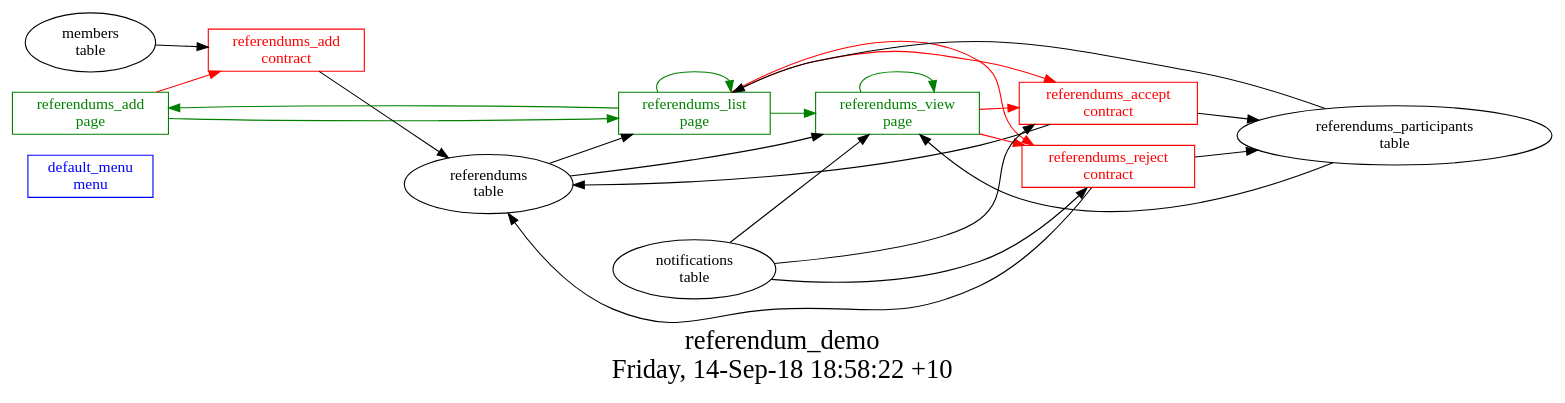
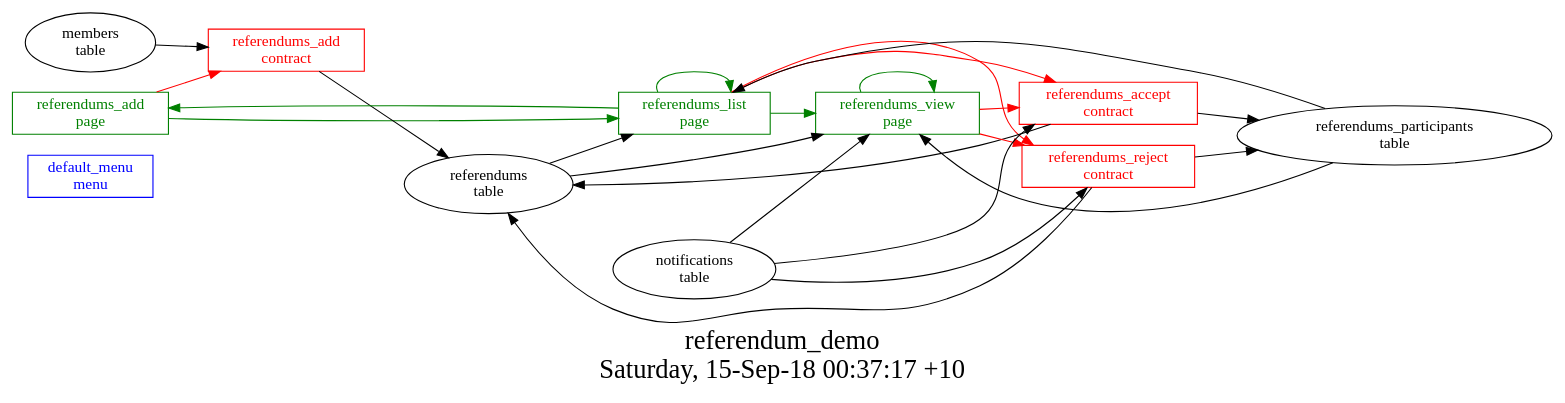
Before and after one commit to AplaProject/apps: the diagram in quick-start-apps/referendum_demo/struct.dot, drawn with Graphviz. The commit also changed 25 other files, not shown here.

```diff
--- a/quick-start-apps/referendum_demo/struct.dot
+++ b/quick-start-apps/referendum_demo/struct.dot
@@ -1,40 +1,40 @@
 digraph G {
 fontsize="24";
-label="referendum_demo\nFriday, 14-Sep-18 18:58:22 +10";
+label="referendum_demo\nSaturday, 15-Sep-18 00:37:17 +10";
 nojustify=true;
 ordering=out;
 rankdir=LR;
 size="30";
 "default_menu\nmenu" [color=blue, fontcolor=blue, group=menus, shape=record];
 "referendums_add\npage" -> "referendums_add\ncontract"  [ color=red ]
 "referendums_add\npage" -> "referendums_list\npage"  [ color=green ]
 "referendums_add\npage" [color=green, fontcolor=green, group=pages, shape=record];
 "referendums_list\npage" -> "referendums_reject\ncontract"  [ color=red ]
 "referendums_list\npage" -> "referendums_accept\ncontract"  [ color=red ]
 "referendums\ntable" -> "referendums_list\npage"
 "referendums_participants\ntable" -> "referendums_list\npage"
+"referendums_list\npage" -> "referendums_add\npage"  [ color=green ]
 "referendums_list\npage" -> "referendums_view\npage"  [ color=green ]
 "referendums_list\npage" -> "referendums_list\npage"  [ color=green ]
-"referendums_list\npage" -> "referendums_add\npage"  [ color=green ]
 "referendums_list\npage" [color=green, fontcolor=green, group=pages, shape=record];
 "referendums_view\npage" -> "referendums_accept\ncontract"  [ color=red ]
 "referendums_view\npage" -> "referendums_reject\ncontract"  [ color=red ]
 "notifications\ntable" -> "referendums_view\npage"
 "referendums\ntable" -> "referendums_view\npage"
 "referendums_participants\ntable" -> "referendums_view\npage"
 "referendums_view\npage" -> "referendums_view\npage"  [ color=green ]
 "referendums_view\npage" [color=green, fontcolor=green, group=pages, shape=record];
 "referendums_accept\ncontract" -> "referendums\ntable"  [ color="" ]
 "referendums_accept\ncontract" -> "referendums_participants\ntable"  [ color="" ]
 "notifications\ntable" -> "referendums_accept\ncontract"
 "referendums_accept\ncontract" [color=red, fontcolor=red, group=contracts, shape=record];
 "referendums_add\ncontract" -> "referendums\ntable"  [ color="" ]
 "members\ntable" -> "referendums_add\ncontract"
 "referendums_add\ncontract" [color=red, fontcolor=red, group=contracts, shape=record];
 "referendums_reject\ncontract" -> "referendums\ntable"  [ color="" ]
 "referendums_reject\ncontract" -> "referendums_participants\ntable"  [ color="" ]
 "notifications\ntable" -> "referendums_reject\ncontract"
 "referendums_reject\ncontract" [color=red, fontcolor=red, group=contracts, shape=record];
 "referendums\ntable" [color="", fontcolor="", group=tables, shape=""];
 "referendums_participants\ntable" [color="", fontcolor="", group=tables, shape=""];
 }
```
